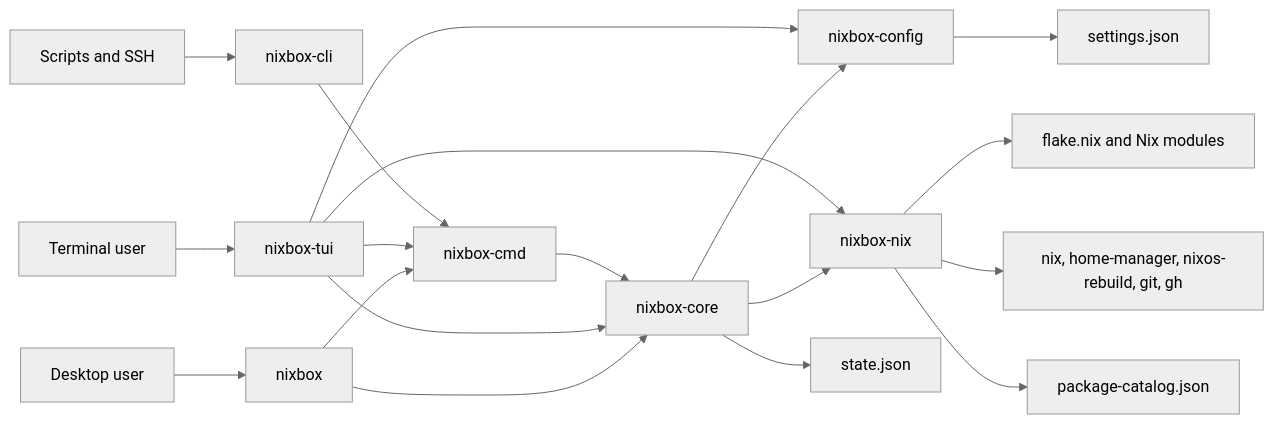
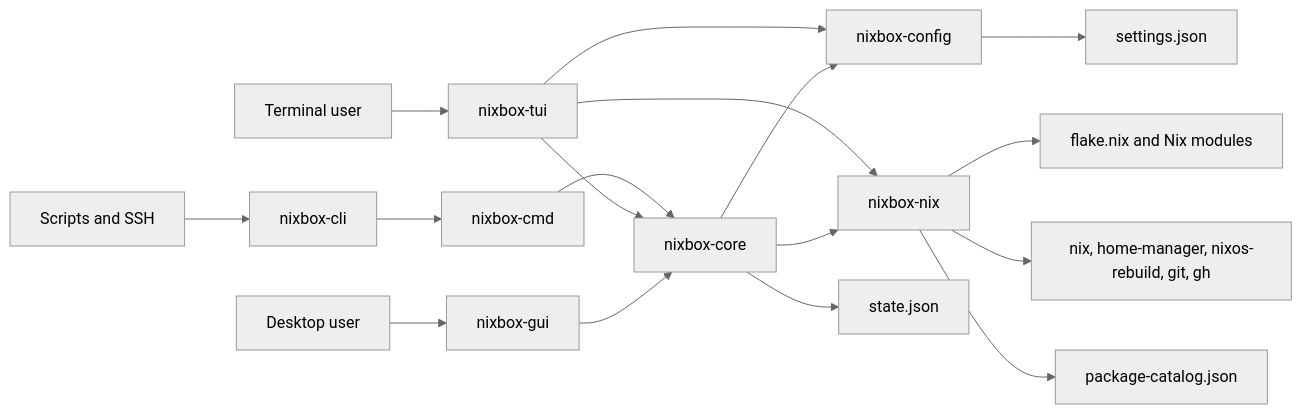
The first of 2 diagrams in docs/ARCHITECTURE.md (SINGH-RAJVEER/nixbox), drawn with Mermaid (neutral theme) before and after one commit. The commit also changed other lines of this file and 35 other files, not shown here.

Commit message:
feat: separate CLI installation from GUI and TUI

````diff
--- a/docs/ARCHITECTURE.md
+++ b/docs/ARCHITECTURE.md
@@ -7,21 +7,19 @@
 ```mermaid
 flowchart LR
-		GUIUser[Desktop user] --> GUI[nixbox]
+		GUIUser[Desktop user] --> GUI[nixbox-gui]
 		User[Terminal user] --> TUI[nixbox-tui]
 		Script[Scripts and SSH] --> CLI[nixbox-cli]
-		GUI --> Cmd[nixbox-cmd]
-		TUI --> Cmd
-		CLI --> Cmd
+		CLI --> Cmd[nixbox-cmd]
 		GUI --> Core[nixbox-core]
 		TUI --> Core
 		Cmd --> Core
 		Core --> Config[nixbox-config]
 		Core --> Nix[nixbox-nix]
 		TUI --> Config
 		TUI --> Nix
 		Config --> Settings[settings.json]
 		Nix --> Target[flake.nix and Nix modules]
 		Nix --> Commands[nix, home-manager, nixos-rebuild, git, gh]
 		Core --> State[state.json]
 		Nix --> Cache[package-catalog.json]
 ```
````
